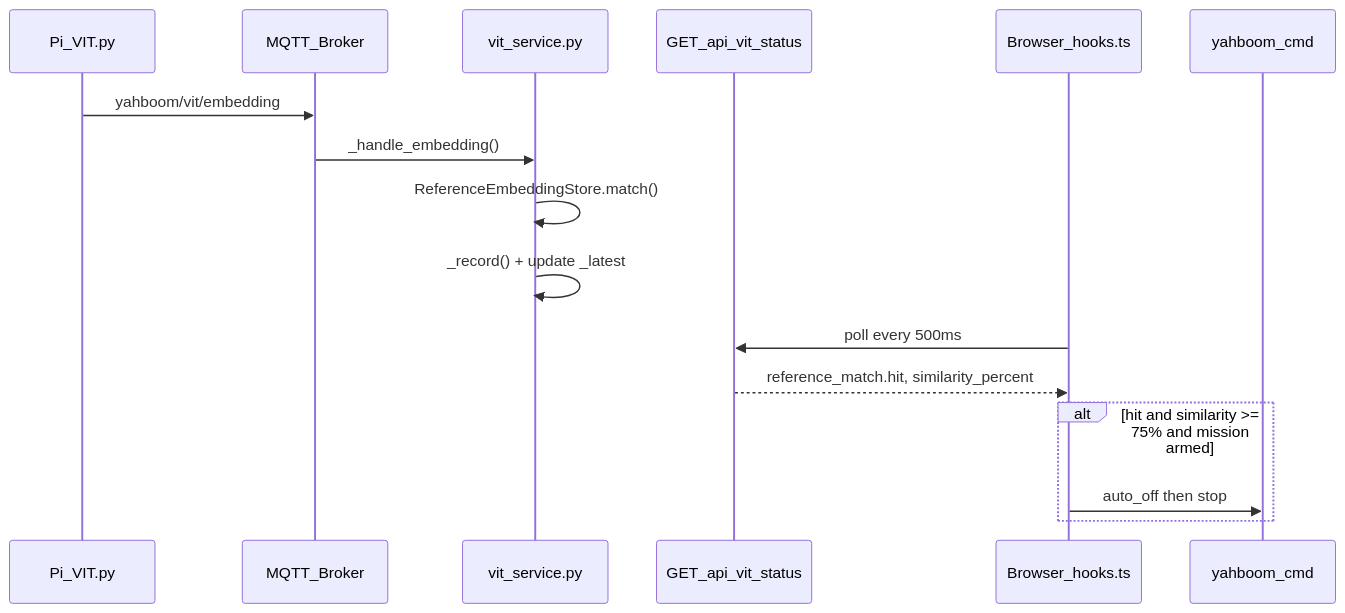
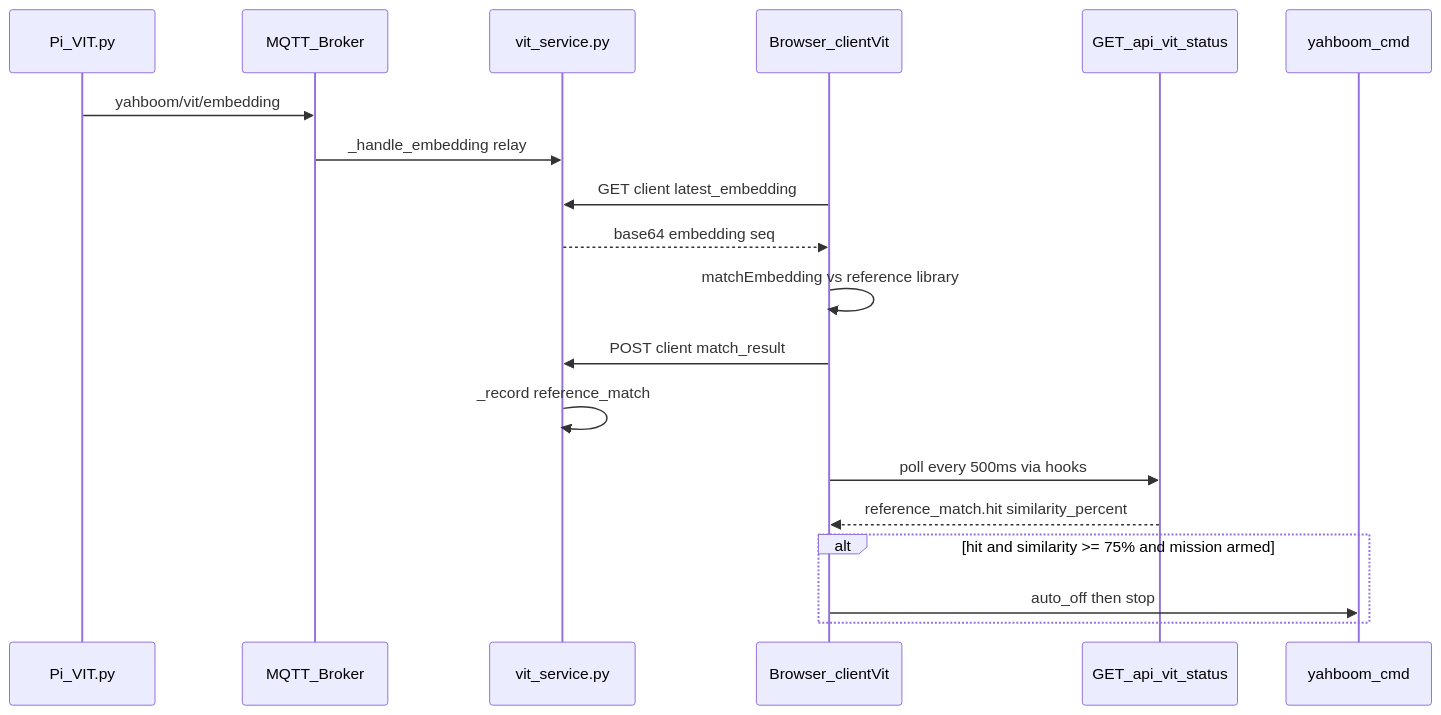
Before and after one commit to nyx-ulrix/YahboomProject: the second of 2 diagrams in Yahboom Dashboard/docs/EDGE_REFERENCE_MATCHING.md, drawn with Mermaid. The commit also changed other lines of this file and 15 other files, not shown here.

````diff
--- a/Yahboom Dashboard/docs/EDGE_REFERENCE_MATCHING.md
+++ b/Yahboom Dashboard/docs/EDGE_REFERENCE_MATCHING.md
@@ -93,19 +100,22 @@
 ```mermaid
 sequenceDiagram
   participant Pi as Pi_VIT.py
   participant MQTT as MQTT_Broker
   participant VS as vit_service.py
+  participant Cli as Browser_clientVit
   participant API as GET_api_vit_status
-  participant UI as Browser_hooks.ts
   participant Robot as yahboom_cmd
 
   Pi->>MQTT: yahboom/vit/embedding
-  MQTT->>VS: _handle_embedding()
-  VS->>VS: ReferenceEmbeddingStore.match()
-  VS->>VS: _record() + update _latest
-  UI->>API: poll every 500ms
-  API-->>UI: reference_match.hit, similarity_percent
+  MQTT->>VS: _handle_embedding relay
+  Cli->>VS: GET client latest_embedding
+  VS-->>Cli: base64 embedding seq
+  Cli->>Cli: matchEmbedding vs reference library
+  Cli->>VS: POST client match_result
+  VS->>VS: _record reference_match
+  Cli->>API: poll every 500ms via hooks
+  API-->>Cli: reference_match.hit similarity_percent
   alt hit and similarity >= 75% and mission armed
-    UI->>Robot: auto_off then stop
+    Cli->>Robot: auto_off then stop
   end
 ```
````
